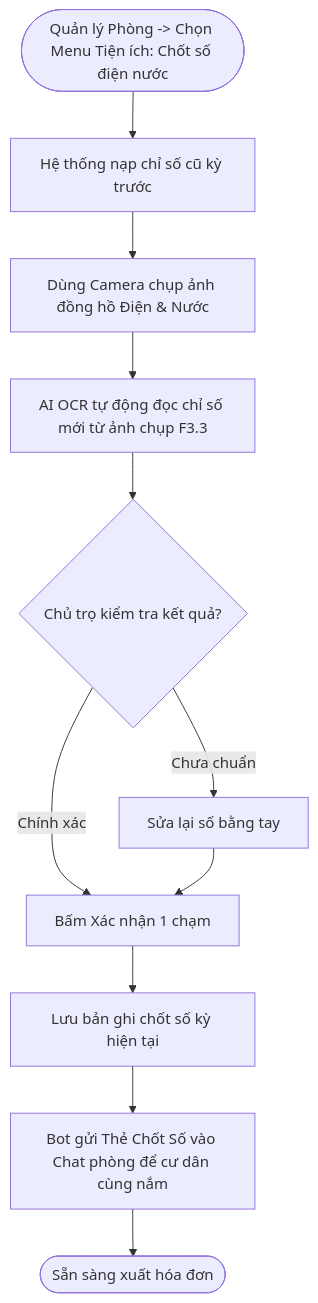
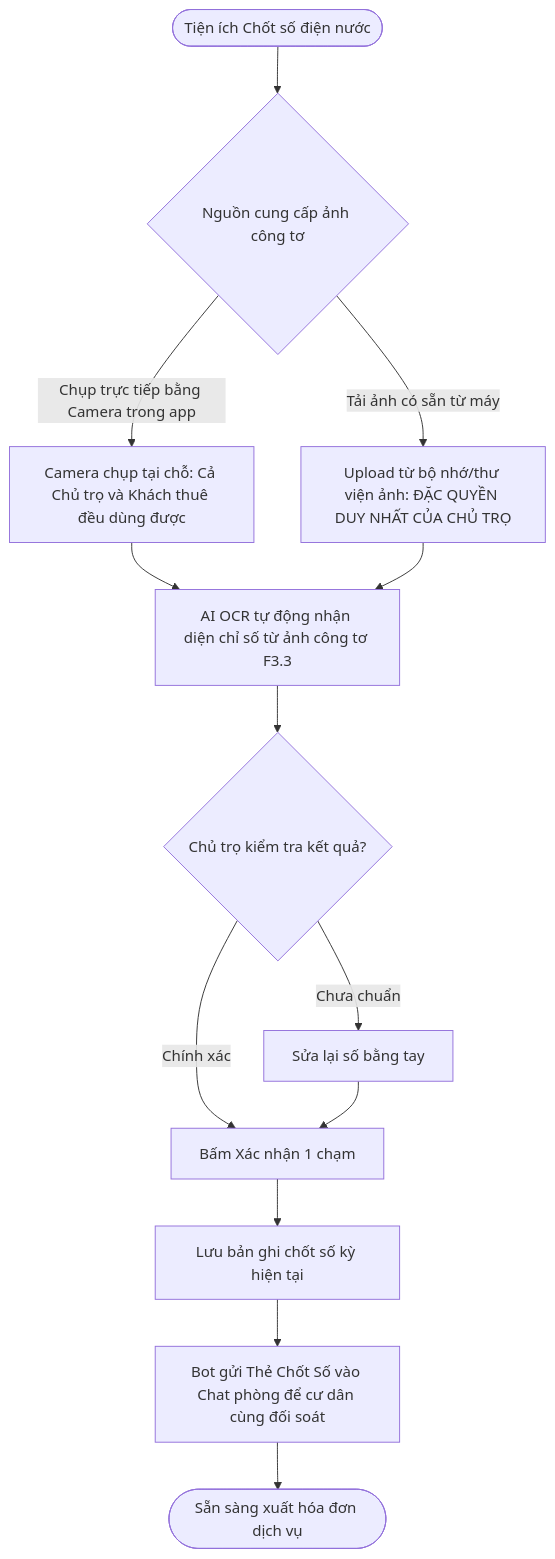
One commit to pbl6-home-renter/docs changed the fifth of 9 diagrams in phase-1/discovery/user_flow/landlord_user_flow.md. Above: the diagram before and after it, drawn with Mermaid. The commit also changed other lines of this file and 3 other files, not shown here.

````diff
--- a/phase-1/discovery/user_flow/landlord_user_flow.md
+++ b/phase-1/discovery/user_flow/landlord_user_flow.md
@@ -128,15 +147,19 @@
 ```mermaid
 flowchart TD
-    StartMeter([Quản lý Phòng -> Chọn Menu Tiện ích: Chốt số điện nước]) --> LoadLastIndex[Hệ thống nạp chỉ số cũ kỳ trước]
-    LoadLastIndex --> SnapPhoto[Dùng Camera chụp ảnh đồng hồ Điện & Nước]
-    SnapPhoto --> RunOCR[AI OCR tự động đọc chỉ số mới từ ảnh chụp F3.3]
+    StartMeter([Tiện ích Chốt số điện nước]) --> SelectCaptureMethod{Nguồn cung cấp ảnh công tơ}
+    
+    SelectCaptureMethod -->|Chụp trực tiếp bằng Camera trong app| LiveCamera[Camera chụp tại chỗ: Cả Chủ trọ và Khách thuê đều dùng được]
+    SelectCaptureMethod -->|Tải ảnh có sẵn từ máy| UploadFromStorage[Upload từ bộ nhớ/thư viện ảnh: ĐẶC QUYỀN DUY NHẤT CỦA CHỦ TRỌ]
+    
+    LiveCamera --> RunOCR[AI OCR tự động nhận diện chỉ số từ ảnh công tơ F3.3]
+    UploadFromStorage --> RunOCR
+    
     RunOCR --> ReviewIndex{Chủ trọ kiểm tra kết quả?}
-    
     ReviewIndex -->|Chưa chuẩn| EditManual[Sửa lại số bằng tay]
     ReviewIndex -->|Chính xác| ConfirmIndex[Bấm Xác nhận 1 chạm]
     EditManual --> ConfirmIndex
     
     ConfirmIndex --> SaveMeterDB[Lưu bản ghi chốt số kỳ hiện tại]
-    SaveMeterDB --> BotPushMeter[Bot gửi Thẻ Chốt Số vào Chat phòng để cư dân cùng nắm]
-    BotPushMeter --> EndMeter([Sẵn sàng xuất hóa đơn])
+    SaveMeterDB --> BotPushMeter[Bot gửi Thẻ Chốt Số vào Chat phòng để cư dân cùng đối soát]
+    BotPushMeter --> EndMeter([Sẵn sàng xuất hóa đơn dịch vụ])
 ```
````
